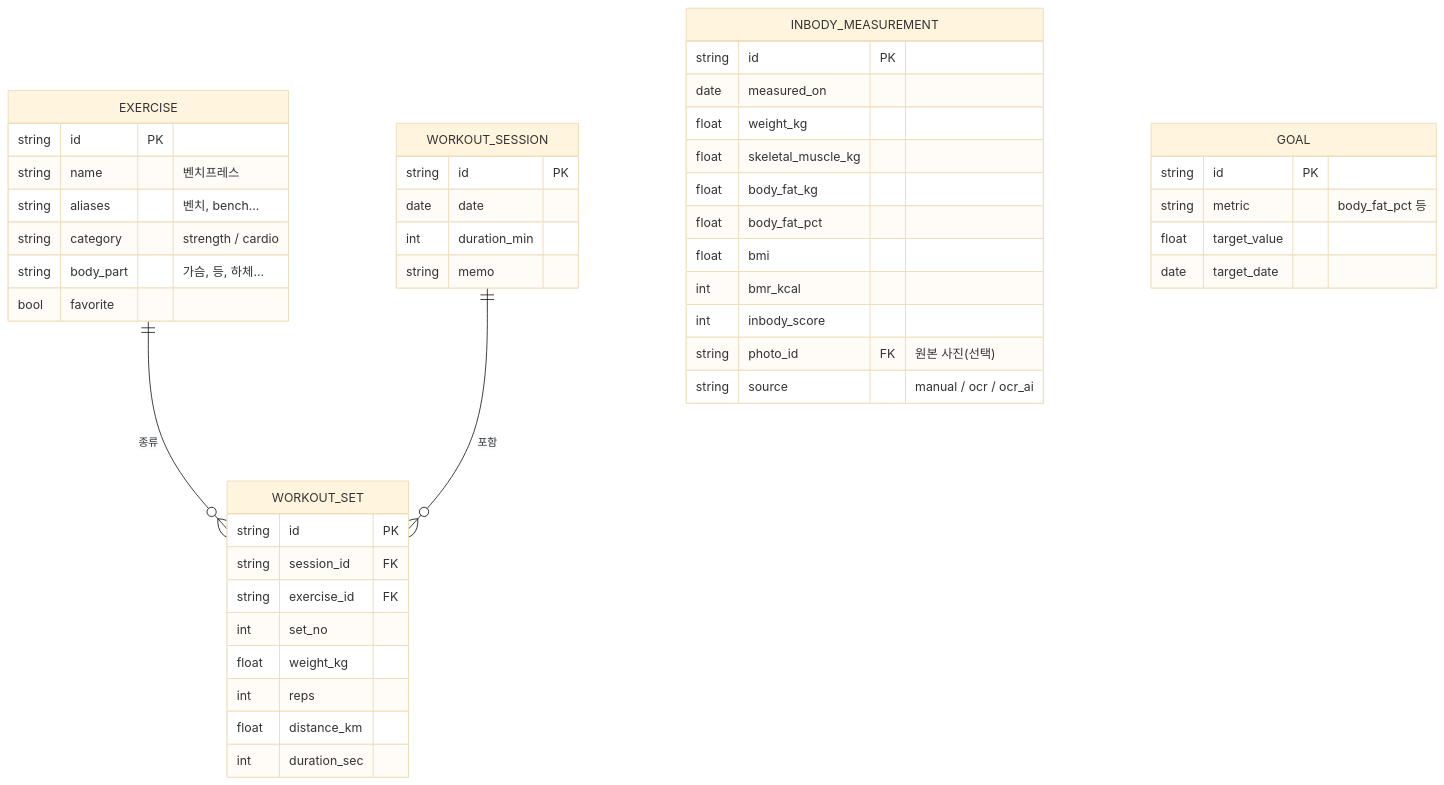
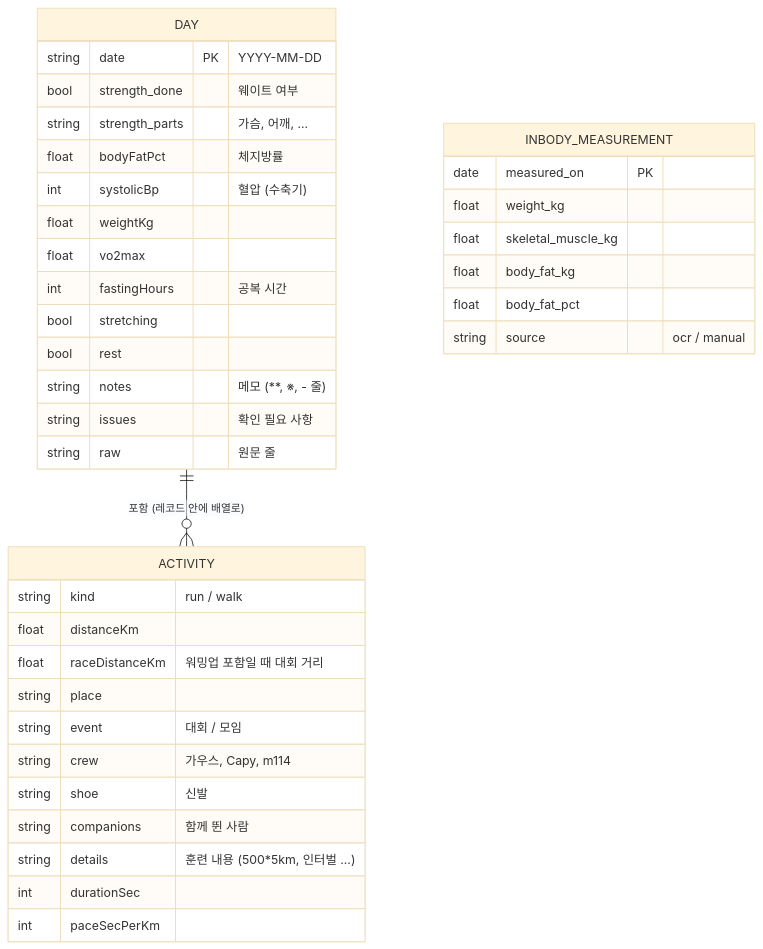
One commit to y2j1004-run/003.workout_mgmt changed the third of 6 diagrams in docs/ARCHITECTURE.md. Above: the diagram before and after it, drawn with Mermaid (base theme). The commit also changed other lines of this file and 13 other files, not shown here.

````diff
--- a/docs/ARCHITECTURE.md
+++ b/docs/ARCHITECTURE.md
@@ -129,51 +132,42 @@
 ```mermaid
 erDiagram
-    EXERCISE ||--o{ WORKOUT_SET : "종류"
-    WORKOUT_SESSION ||--o{ WORKOUT_SET : "포함"
+    DAY ||--o{ ACTIVITY : "포함 (레코드 안에 배열로)"
     INBODY_MEASUREMENT
-    GOAL
 
-    EXERCISE {
-        string id PK
-        string name "벤치프레스"
-        string aliases "벤치, bench..."
-        string category "strength / cardio"
-        string body_part "가슴, 등, 하체..."
-        bool favorite
+    DAY {
+        string date PK "YYYY-MM-DD"
+        bool strength_done "웨이트 여부"
+        string strength_parts "가슴, 어깨, ..."
+        float bodyFatPct "체지방률"
+        int systolicBp "혈압 (수축기)"
+        float weightKg
+        float vo2max
+        int fastingHours "공복 시간"
+        bool stretching
+        bool rest
+        string notes "메모 (**, ※, - 줄)"
+        string issues "확인 필요 사항"
+        string raw "원문 줄"
     }
-    WORKOUT_SESSION {
-        string id PK
-        date date
-        int duration_min
-        string memo
-    }
-    WORKOUT_SET {
-        string id PK
-        string session_id FK
-        string exercise_id FK
-        int set_no
-        float weight_kg
-        int reps
-        float distance_km
-        int duration_sec
+    ACTIVITY {
+        string kind "run / walk"
+        float distanceKm
+        float raceDistanceKm "워밍업 포함일 때 대회 거리"
+        string place
+        string event "대회 / 모임"
+        string crew "가우스, Capy, m114"
+        string shoe "신발"
+        string companions "함께 뛴 사람"
+        string details "훈련 내용 (500*5km, 인터벌 ...)"
+        int durationSec
+        int paceSecPerKm
     }
     INBODY_MEASUREMENT {
-        string id PK
-        date measured_on
+        date measured_on PK
         float weight_kg
         float skeletal_muscle_kg
         float body_fat_kg
         float body_fat_pct
-        float bmi
-        int bmr_kcal
-        int inbody_score
-        string photo_id FK "원본 사진(선택)"
-        string source "manual / ocr / ocr_ai"
-    }
-    GOAL {
-        string id PK
-        string metric "body_fat_pct 등"
-        float target_value
-        date target_date
+        string source "ocr / manual"
     }
 ```
````
